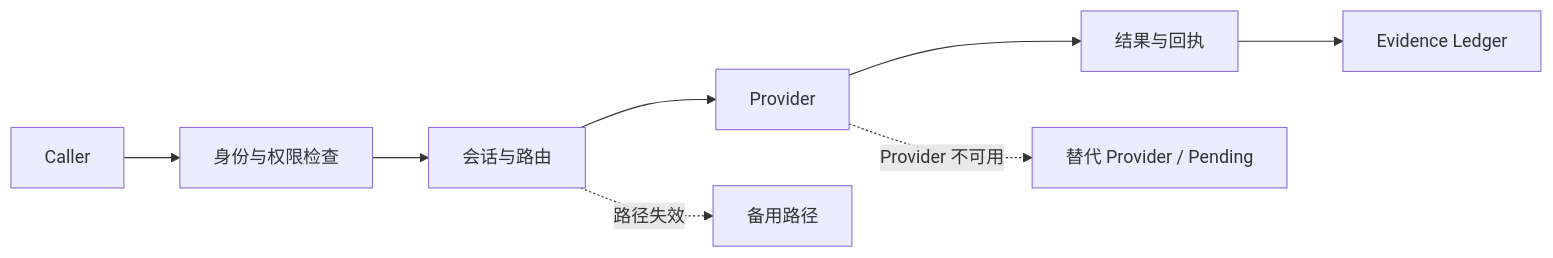
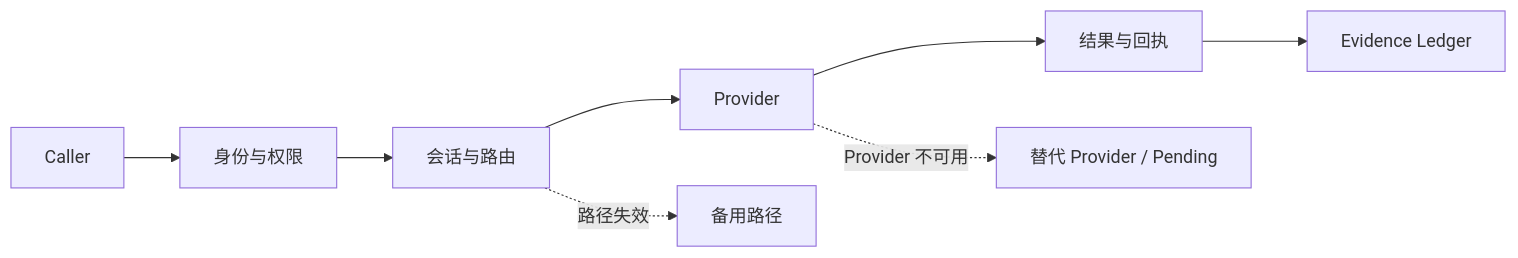
One commit to xingxuling/TINP changed the diagram in README.md. Above: the diagram before and after it, drawn with Mermaid. The commit also changed other lines of this file, not shown here.

````diff
--- a/README.md
+++ b/README.md
@@ -99,10 +75,10 @@
 ```mermaid
 flowchart LR
-    A[Caller] --> B[身份与权限检查]
+    A[Caller] --> B[身份与权限]
     B --> C[会话与路由]
     C --> D[Provider]
     D --> E[结果与回执]
     E --> F[Evidence Ledger]
     C -. 路径失效 .-> G[备用路径]
     D -. Provider 不可用 .-> H[替代 Provider / Pending]
 ```
````
